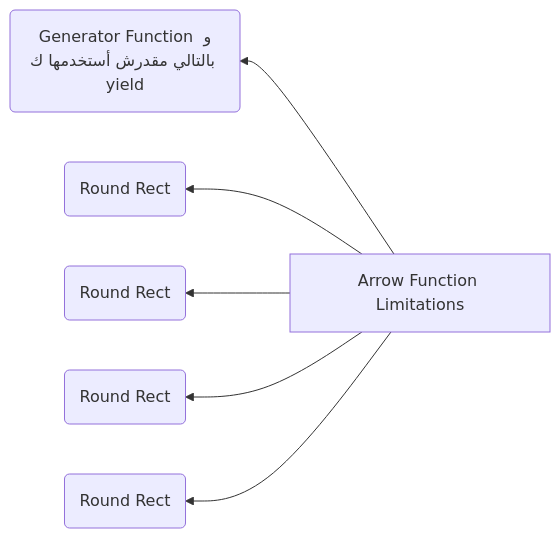
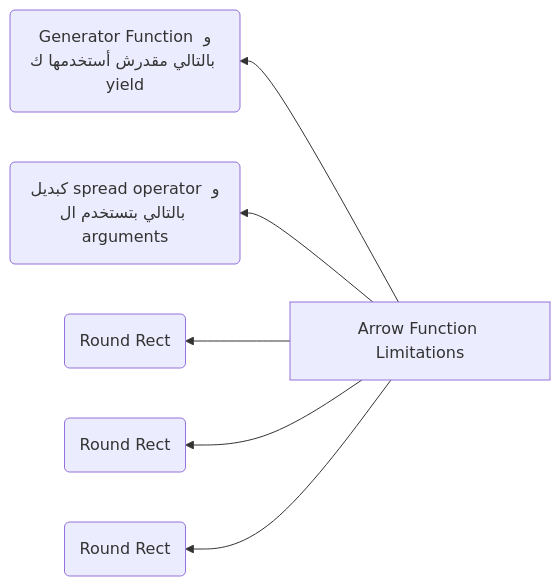
The third of 3 diagrams in javascript/syntactic sugar مجرد Arrow function هل ال.md (Ak-ram/Frontend-Interview-Questions), drawn with Mermaid before and after one commit.

Commit message:
Update syntactic sugar مجرد Arrow function هل ال.md

````diff
--- a/javascript/syntactic sugar مجرد Arrow function هل ال.md
+++ b/javascript/syntactic sugar مجرد Arrow function هل ال.md
@@ -225,10 +225,10 @@
 ```mermaid
   graph RL
     A["Arrow Function Limitations"]
     A --> C(Generator Function و بالتالي مقدرش أستخدمها ك yield )
-    A --> D(Round Rect)
+    A --> D(كبديل spread operator و بالتالي بتستخدم ال arguments)
     A --> E(Round Rect)
     A --> F(Round Rect)
     A --> G(Round Rect)
 
 ```
````
